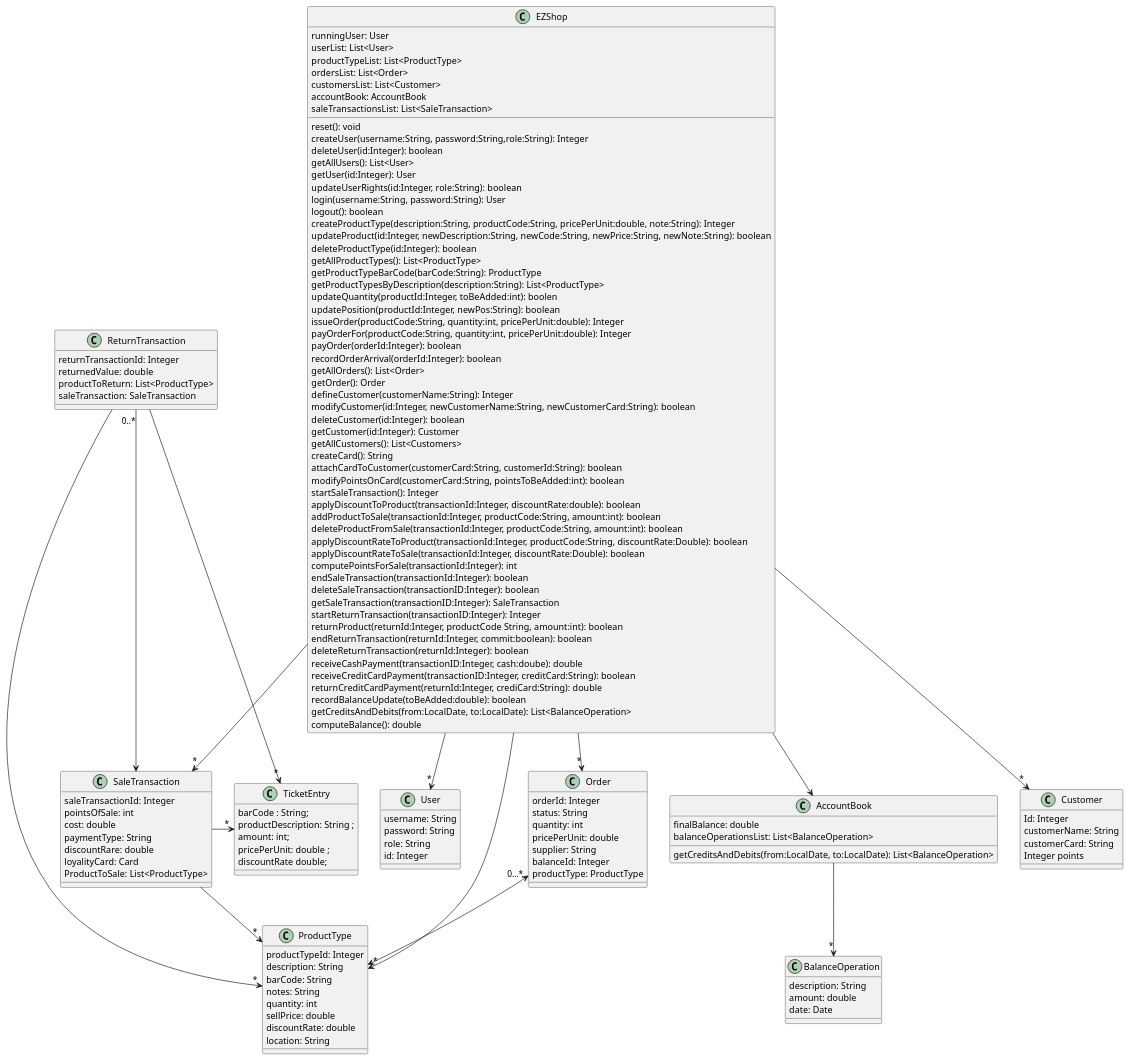
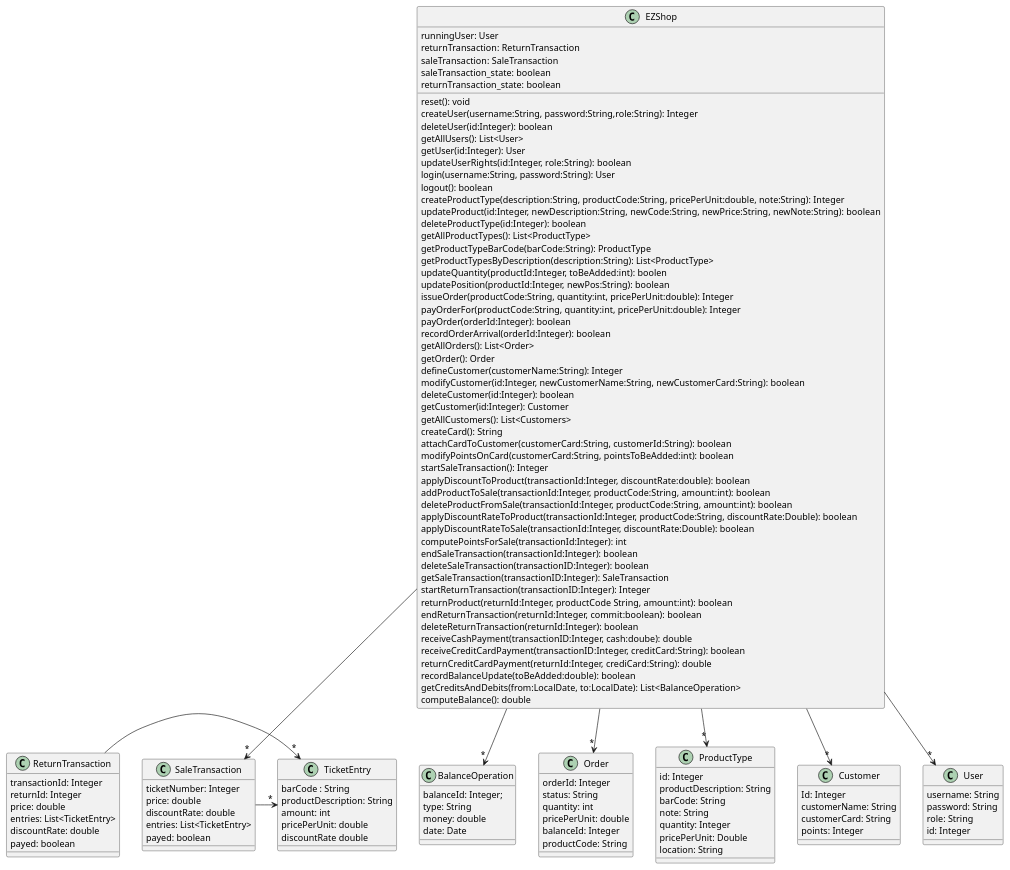
Before and after one commit to rab97/ezshop-group53: the diagram in Deliverables/DesignDocument.md, drawn with PlantUML.

````diff
--- a/Deliverables/DesignDocument.md
+++ b/Deliverables/DesignDocument.md
@@ -30,12 +30,10 @@
 @startuml
 class EZShop{
  runningUser: User
- userList: List<User>
- productTypeList: List<ProductType>
- ordersList: List<Order>
- customersList: List<Customer>
- accountBook: AccountBook
- saleTransactionsList: List<SaleTransaction>
+ returnTransaction: ReturnTransaction
+ saleTransaction: SaleTransaction
+ saleTransaction_state: boolean 
+ returnTransaction_state: boolean 
  reset(): void
  createUser(username:String, password:String,role:String): Integer
  deleteUser(id:Integer): boolean
@@ -88,34 +86,28 @@
  computeBalance(): double
 }
 
-
-class AccountBook {
- finalBalance: double
- balanceOperationsList: List<BalanceOperation>
- getCreditsAndDebits(from:LocalDate, to:LocalDate): List<BalanceOperation>
-}
-
 class BalanceOperation{
- description: String
- amount: double
+ balanceId: Integer;
+ type: String
+ money: double
  date: Date
 }
 
 class ReturnTransaction{
- returnTransactionId: Integer
- returnedValue: double
- productToReturn: List<ProductType>
- saleTransaction: SaleTransaction
+ transactionId: Integer
+ returnId: Integer
+ price: double
+ entries: List<TicketEntry>
+ discountRate: double
+ payed: boolean
 }
 
 class SaleTransaction{
- saleTransactionId: Integer
- pointsOfSale: int
- cost: double
- paymentType: String
- discountRare: double
- loyalityCard: Card
- ProductToSale: List<ProductType>
+ ticketNumber: Integer
+ price: double
+ discountRate: double
+ entries: List<TicketEntry>
+ payed: boolean
 }
 
 class Order {
@@ -123,19 +115,17 @@
  status: String
  quantity: int
  pricePerUnit: double
- supplier: String
  balanceId: Integer
- productType: ProductType
+ productCode: String
 }
 
 class ProductType {
- productTypeId: Integer
- description: String
+ id: Integer
+ productDescription: String
  barCode: String
- notes: String
- quantity: int
- sellPrice: double
- discountRate: double
+ note: String
+ quantity: Integer
+ pricePerUnit: Double
  location: String
 }
 
@@ -143,7 +133,7 @@
  Id: Integer
  customerName: String
  customerCard: String
- Integer points
+ points: Integer
 }
 
 class User{
@@ -154,25 +144,20 @@
 }
 
 class TicketEntry {
-    barCode : String;
-    productDescription: String ;
-    amount: int;
-    pricePerUnit: double ;
-    discountRate double;
+    barCode : String
+    productDescription: String 
+    amount: int
+    pricePerUnit: double 
+    discountRate double
 }
 
-AccountBook --> "*" BalanceOperation
-ReturnTransaction "0..*" --> SaleTransaction
-ReturnTransaction --> "*" ProductType
-SaleTransaction--> "*" ProductType
-Order "0...*" <--> ProductType
 ReturnTransaction -> "*" TicketEntry
 SaleTransaction -> "*" TicketEntry
-EZShop --> AccountBook
 EZShop --> "*" User
 EZShop --> "*" Customer
 EZShop --> "*" ProductType
 EZShop --> "*" Order
 EZShop --> "*" SaleTransaction
+EZShop --> "*" BalanceOperation
 @enduml
 ```
````
